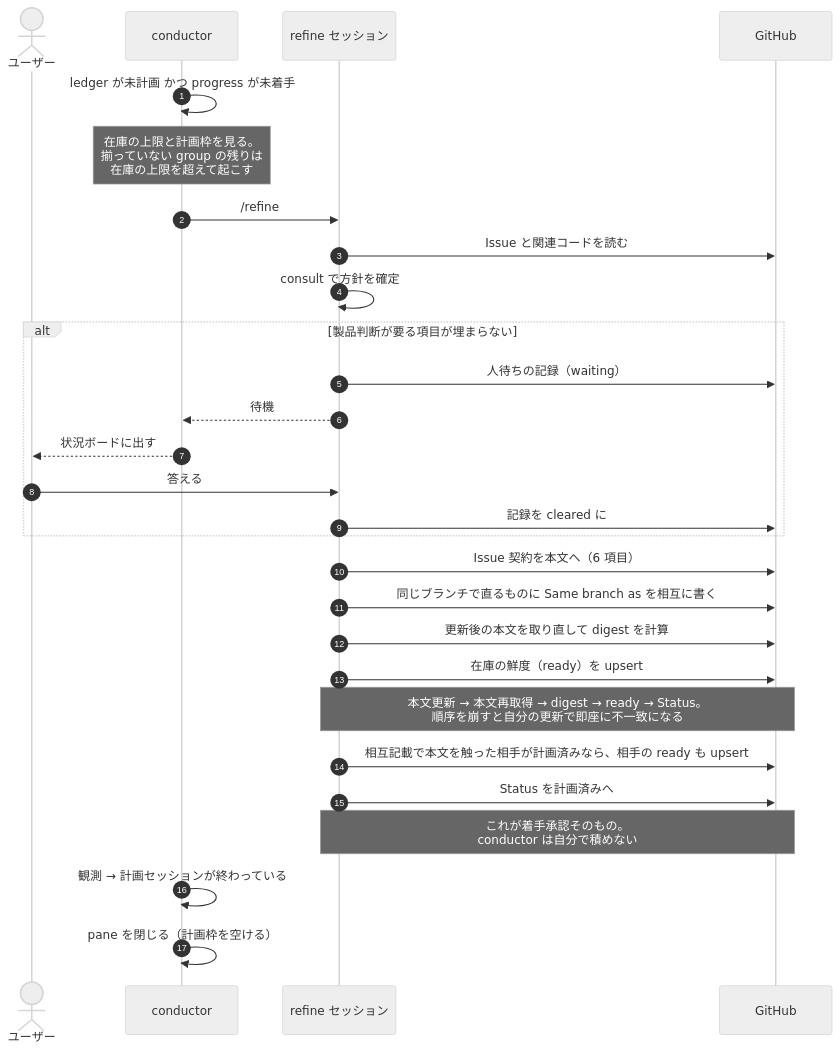
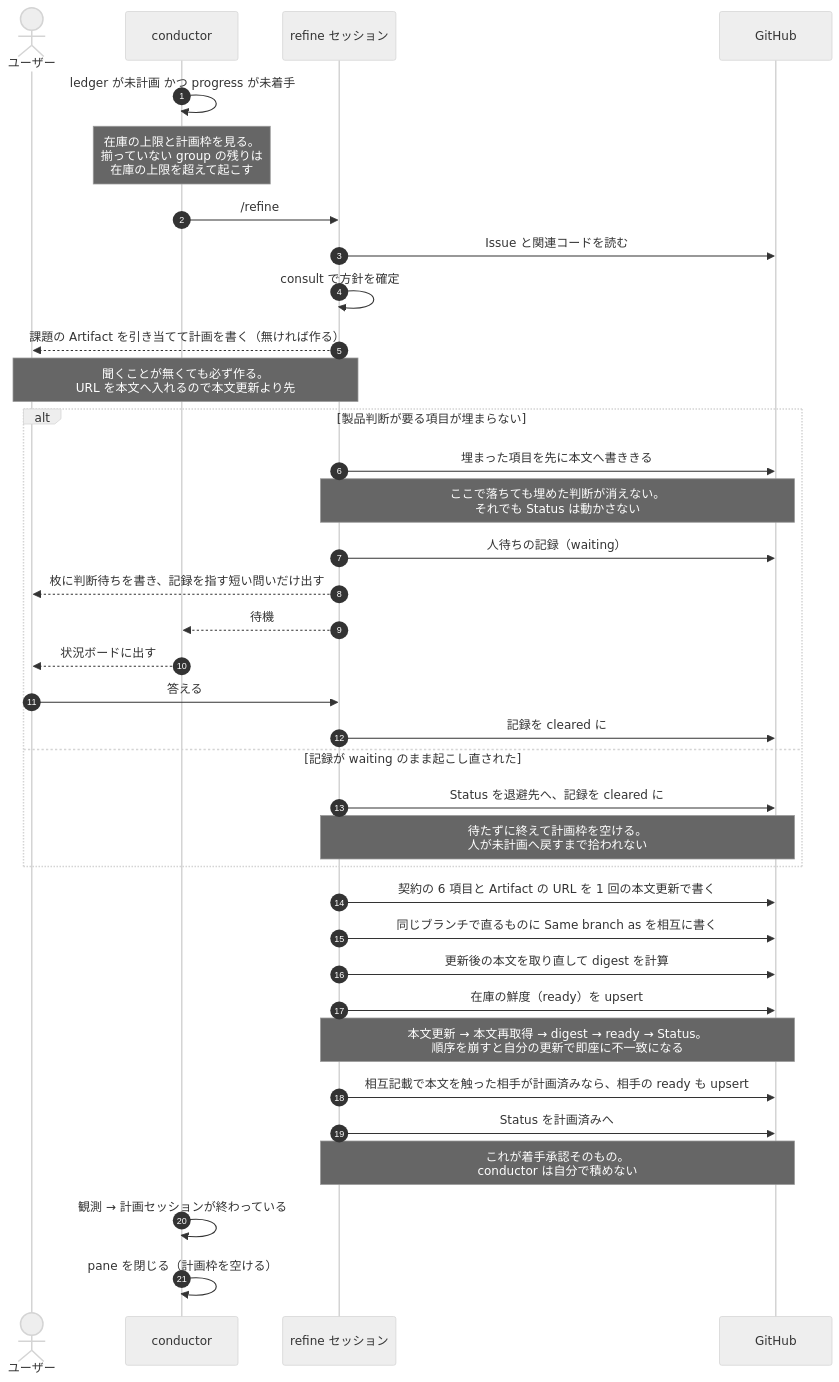
The fourth of 4 diagrams in agents/docs/lifecycle.md (usagizmo/agentfiles), drawn with Mermaid (neutral theme) before and after one commit. The commit also changed other lines of this file and 10 other files, not shown here.

````diff
--- a/agents/docs/lifecycle.md
+++ b/agents/docs/lifecycle.md
@@ -180,33 +182,41 @@
 ```mermaid
 sequenceDiagram
     autonumber
     actor U as ユーザー
     participant C as conductor
     participant F as refine セッション
     participant GH as GitHub
 
     C->>C: ledger が未計画 かつ progress が未着手
     Note over C: 在庫の上限と計画枠を見る。<br/>揃っていない group の残りは<br/>在庫の上限を超えて起こす
     C->>F: /refine #N
     F->>GH: Issue と関連コードを読む
     F->>F: consult で方針を確定
+    F-->>U: 課題の Artifact を引き当てて計画を書く（無ければ作る）
+    Note over F,U: 聞くことが無くても必ず作る。<br/>URL を本文へ入れるので本文更新より先
 
     alt 製品判断が要る項目が埋まらない
+        F->>GH: 埋まった項目を先に本文へ書ききる
+        Note over F,GH: ここで落ちても埋めた判断が消えない。<br/>それでも Status は動かさない
         F->>GH: 人待ちの記録（waiting）
+        F-->>U: 枚に判断待ちを書き、記録を指す短い問いだけ出す
         F-->>C: 待機
         C-->>U: 状況ボードに出す
         U->>F: 答える
         F->>GH: 記録を cleared に
+    else 記録が waiting のまま起こし直された
+        F->>GH: Status を退避先へ、記録を cleared に
+        Note over F,GH: 待たずに終えて計画枠を空ける。<br/>人が未計画へ戻すまで拾われない
     end
 
-    F->>GH: Issue 契約を本文へ（6 項目）
+    F->>GH: 契約の 6 項目と Artifact の URL を 1 回の本文更新で書く
     F->>GH: 同じブランチで直るものに Same branch as を相互に書く
     F->>GH: 更新後の本文を取り直して digest を計算
     F->>GH: 在庫の鮮度（ready）を upsert
     Note over F,GH: 本文更新 → 本文再取得 → digest → ready → Status。<br/>順序を崩すと自分の更新で即座に不一致になる
     F->>GH: 相互記載で本文を触った相手が計画済みなら、相手の ready も upsert
     F->>GH: Status を計画済みへ
     Note over F,GH: これが着手承認そのもの。<br/>conductor は自分で積めない
     C->>C: 観測 → 計画セッションが終わっている
     C->>C: pane を閉じる（計画枠を空ける）
 ```
````
